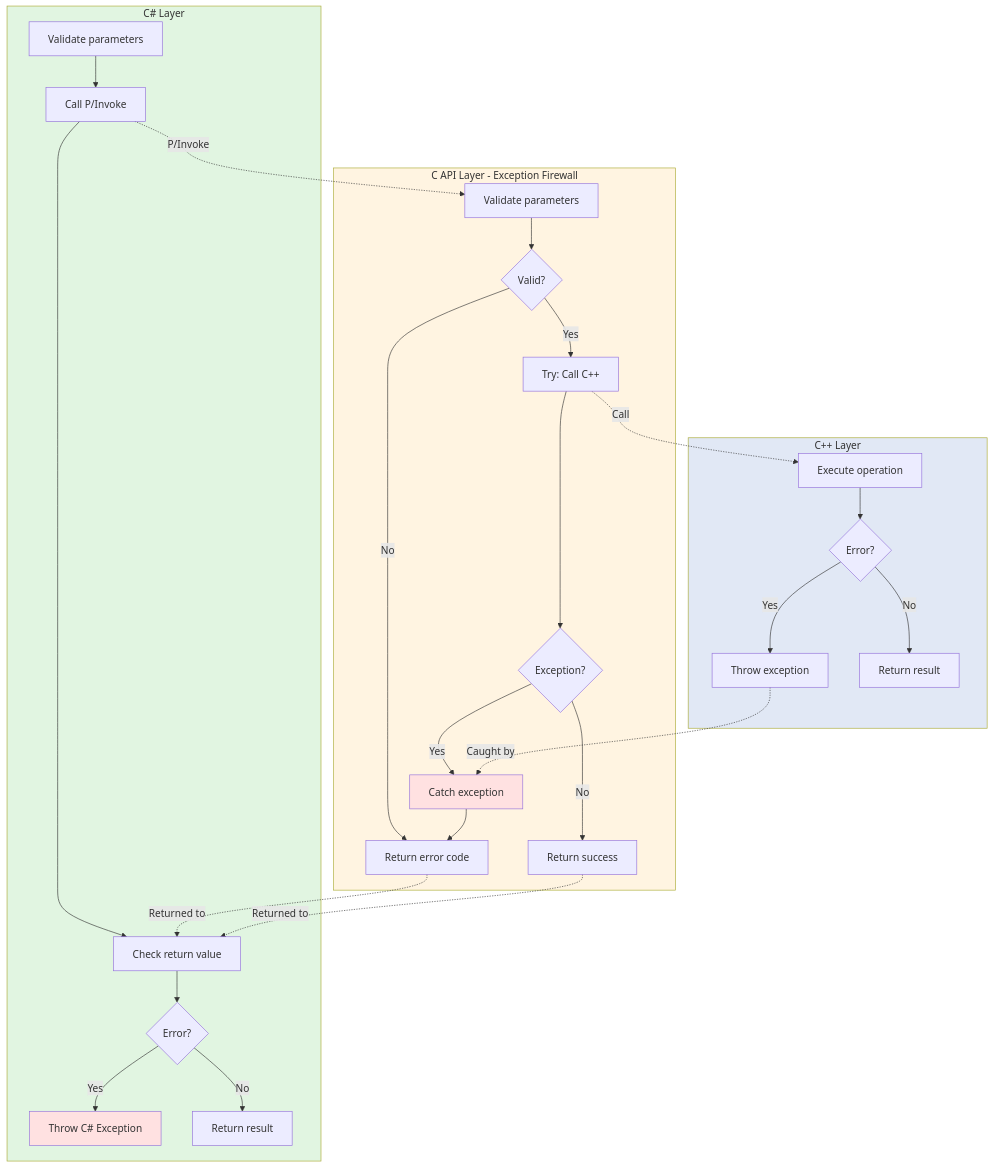
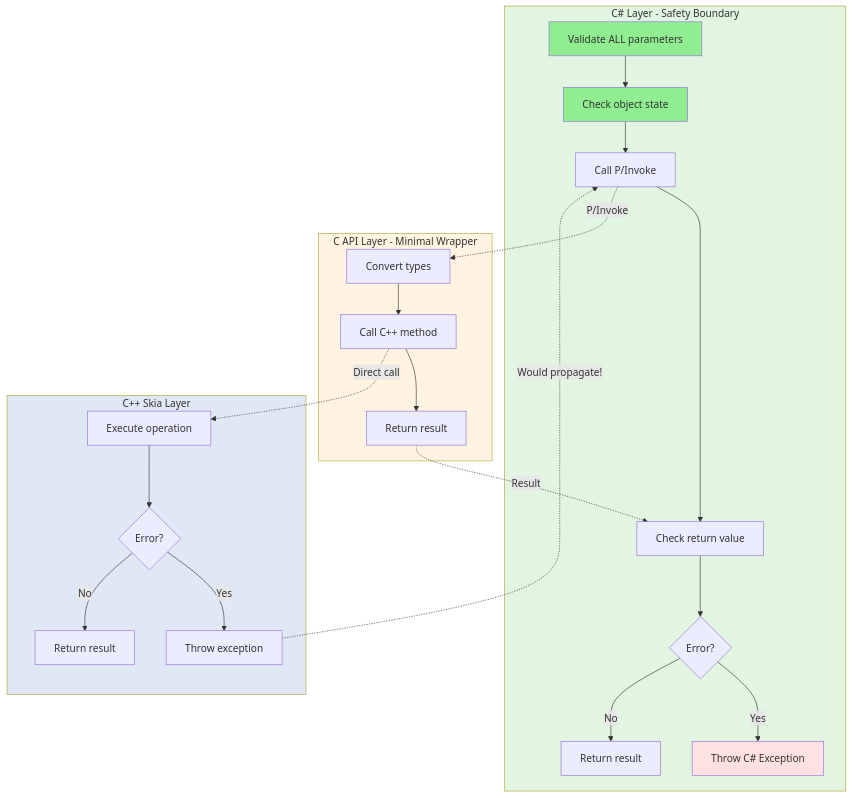
One commit to mono/SkiaSharp changed the diagram in design/error-handling.md. Above: the diagram before and after it, drawn with Mermaid. The commit also changed other lines of this file and 4 other files, not shown here.

````diff
--- a/design/error-handling.md
+++ b/design/error-handling.md
@@ -70,58 +89,51 @@
 ```mermaid
 graph TB
-    subgraph CSharp["C# Layer"]
-        CS1[Validate parameters]
-        CS2[Call P/Invoke]
-        CS3[Check return value]
-        CS4{Error?}
-        CS5[Throw C# Exception]
-        CS6[Return result]
+    subgraph CSharp["C# Layer - Safety Boundary"]
+        CS1[Validate ALL parameters]
+        CS2[Check object state]
+        CS3[Call P/Invoke]
+        CS4[Check return value]
+        CS5{Error?}
+        CS6[Throw C# Exception]
+        CS7[Return result]
         
         CS1 --> CS2
         CS2 --> CS3
         CS3 --> CS4
-        CS4 -->|Yes| CS5
-        CS4 -->|No| CS6
+        CS4 --> CS5
+        CS5 -->|Yes| CS6
+        CS5 -->|No| CS7
     end
     
-    subgraph CAPI["C API Layer - Exception Firewall"]
-        C1[Validate parameters]
-        C2{Valid?}
-        C3[Try: Call C++]
-        C4{Exception?}
-        C5[Catch exception]
-        C6[Return error code]
-        C7[Return success]
+    subgraph CAPI["C API Layer - Minimal Wrapper"]
+        C1[Convert types]
+        C2[Call C++ method]
+        C3[Return result]
         
         C1 --> C2
-        C2 -->|No| C6
-        C2 -->|Yes| C3
-        C3 --> C4
-        C4 -->|Yes| C5
-        C5 --> C6
-        C4 -->|No| C7
+        C2 --> C3
     end
     
-    subgraph CPP["C++ Layer"]
+    subgraph CPP["C++ Skia Layer"]
         CPP1[Execute operation]
         CPP2{Error?}
         CPP3[Throw exception]
         CPP4[Return result]
         
         CPP1 --> CPP2
         CPP2 -->|Yes| CPP3
         CPP2 -->|No| CPP4
     end
     
-    CS2 -.->|P/Invoke| C1
-    C3 -.->|Call| CPP1
-    CPP3 -.->|Caught by| C5
-    C6 -.->|Returned to| CS3
-    C7 -.->|Returned to| CS3
+    CS3 -.->|P/Invoke| C1
+    C2 -.->|Direct call| CPP1
+    CPP3 -.->|Would propagate!| CS3
+    C3 -.->|Result| CS4
     
     style CSharp fill:#e1f5e1
     style CAPI fill:#fff4e1
     style CPP fill:#e1e8f5
-    style C5 fill:#ffe1e1
-    style CS5 fill:#ffe1e1
+    style CS1 fill:#90ee90
+    style CS2 fill:#90ee90
+    style CS6 fill:#ffe1e1
 ```
````
